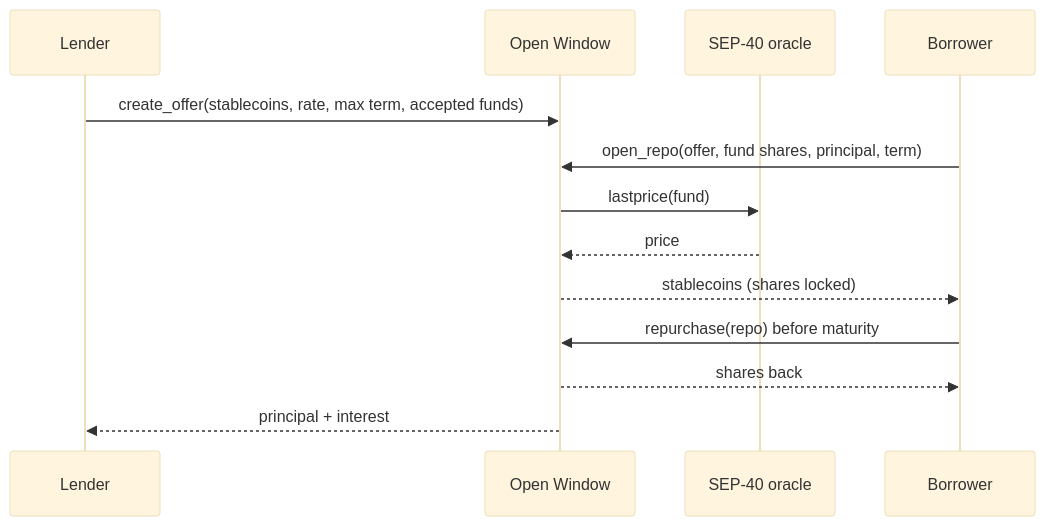
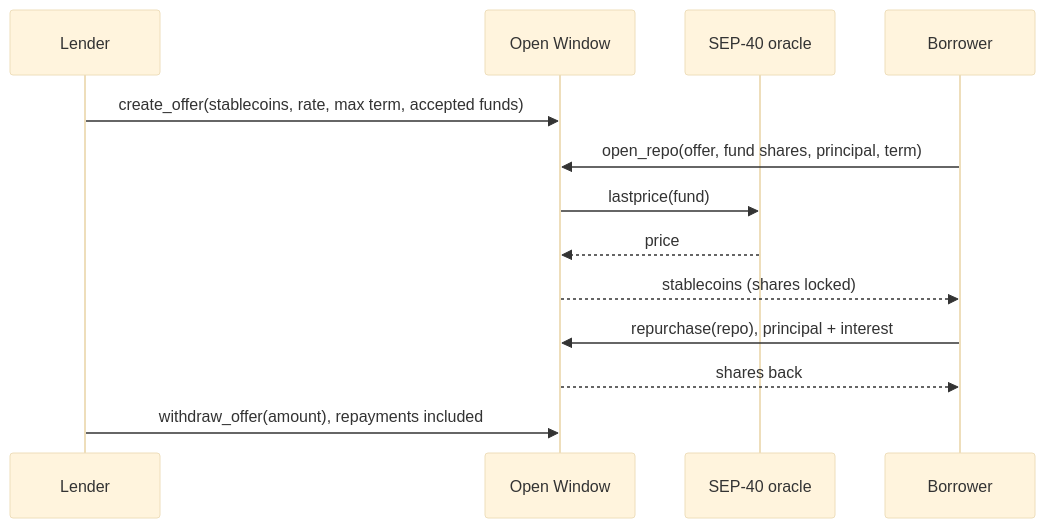
One commit to EricLtx/hackmeridian-2026 changed the diagram in README.md. Above: the diagram before and after it, drawn with Mermaid (base theme). The commit also changed other lines of this file and 4 other files, not shown here.

````diff
--- a/README.md
+++ b/README.md
@@ -29,15 +29,15 @@
 ```mermaid
 sequenceDiagram
     participant L as Lender
     participant C as Open Window
     participant O as SEP-40 oracle
     participant B as Borrower
     L->>C: create_offer(stablecoins, rate, max term, accepted funds)
     B->>C: open_repo(offer, fund shares, principal, term)
     C->>O: lastprice(fund)
     O-->>C: price
     C-->>B: stablecoins (shares locked)
-    B->>C: repurchase(repo) before maturity
+    B->>C: repurchase(repo), principal + interest
     C-->>B: shares back
-    C-->>L: principal + interest
+    L->>C: withdraw_offer(amount), repayments included
 ```
````
